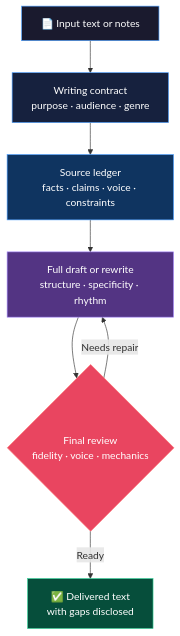
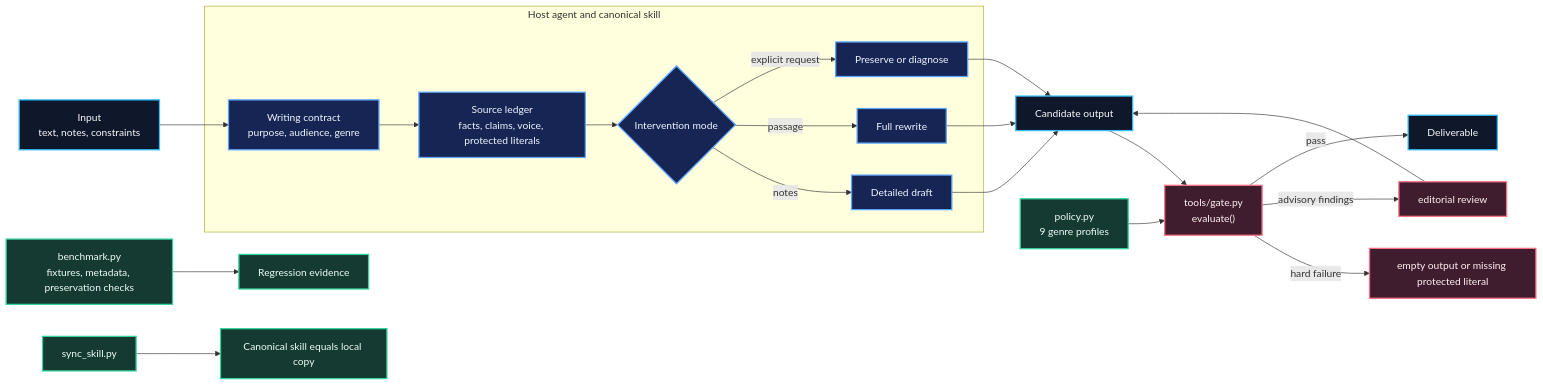
The first of 3 diagrams in README.md (udaysharmadev/Not-Ai), drawn with Mermaid before and after one commit. The commit also changed other lines of this file and 3 other files, not shown here.

Commit message:
docs: add technical workflow architecture

````diff
--- a/README.md
+++ b/README.md
@@ -54,16 +55,40 @@
 ```mermaid
-flowchart TD
-    A["📄 Input text or notes"] --> B["Writing contract\npurpose · audience · genre"]
-    B --> C["Source ledger\nfacts · claims · voice · constraints"]
-    C --> D["Full draft or rewrite\nstructure · specificity · rhythm"]
-    D --> E{"Final review\nfidelity · voice · mechanics"}
-    E -->|"Needs repair"| D
-    E -->|"Ready"| F["✅ Delivered text\nwith gaps disclosed"]
+flowchart LR
+    I["Input<br/>text, notes, constraints"] --> C["Writing contract<br/>purpose, audience, genre"]
+    C --> L["Source ledger<br/>facts, claims, voice, protected literals"]
+    L --> M{"Intervention mode"}
+    M -->|"notes"| D["Detailed draft"]
+    M -->|"passage"| R["Full rewrite"]
+    M -->|"explicit request"| P["Preserve or diagnose"]
+    D --> O["Candidate output"]
+    R --> O
+    P --> O
 
-    style A fill:#1a1a2e,color:#fff,stroke:#4a9eff
-    style B fill:#16213e,color:#fff,stroke:#4a9eff
-    style C fill:#0f3460,color:#fff,stroke:#4a9eff
-    style D fill:#533483,color:#fff,stroke:#a78bfa
-    style E fill:#e94560,color:#fff,stroke:#ff6b6b
-    style F fill:#064e3b,color:#fff,stroke:#34d399
+    subgraph Runtime["Host agent and canonical skill"]
+        C
+        L
+        M
+        D
+        R
+        P
+    end
+
+    O --> G["tools/gate.py<br/>evaluate()"]
+    Policy["policy.py<br/>9 genre profiles"] --> G
+    G -->|"hard failure"| X["empty output or missing protected literal"]
+    G -->|"advisory findings"| Q["editorial review"]
+    Q --> O
+    G -->|"pass"| F["Deliverable"]
+
+    B["benchmark.py<br/>fixtures, metadata, preservation checks"] --> T["Regression evidence"]
+    S["sync_skill.py"] --> K["Canonical skill equals local copy"]
+
+    classDef input fill:#0f172a,stroke:#38bdf8,color:#f8fafc,stroke-width:2px
+    classDef runtime fill:#172554,stroke:#60a5fa,color:#eff6ff,stroke-width:2px
+    classDef gate fill:#3f1d2e,stroke:#fb7185,color:#fff1f2,stroke-width:2px
+    classDef evidence fill:#153a32,stroke:#34d399,color:#ecfdf5,stroke-width:2px
+    class I,O,F input
+    class C,L,M,D,R,P runtime
+    class G,X,Q gate
+    class B,T,S,K,Policy evidence
 ```
````
